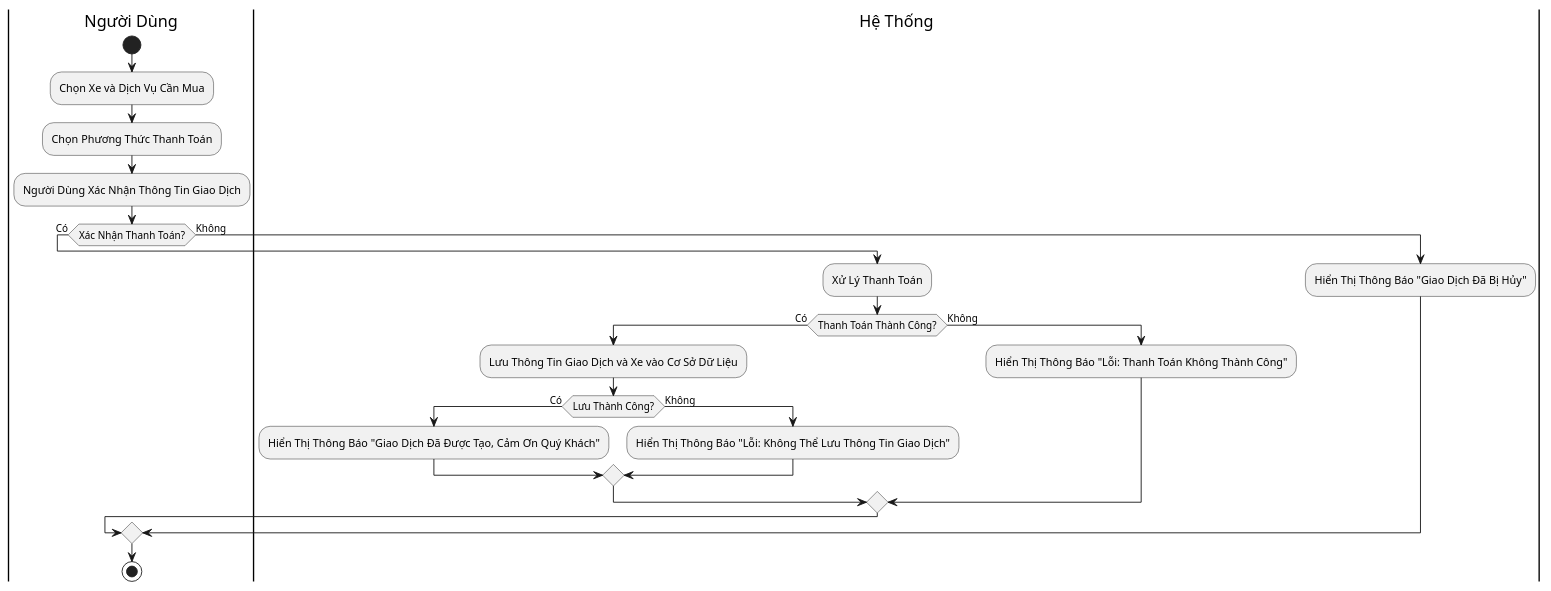
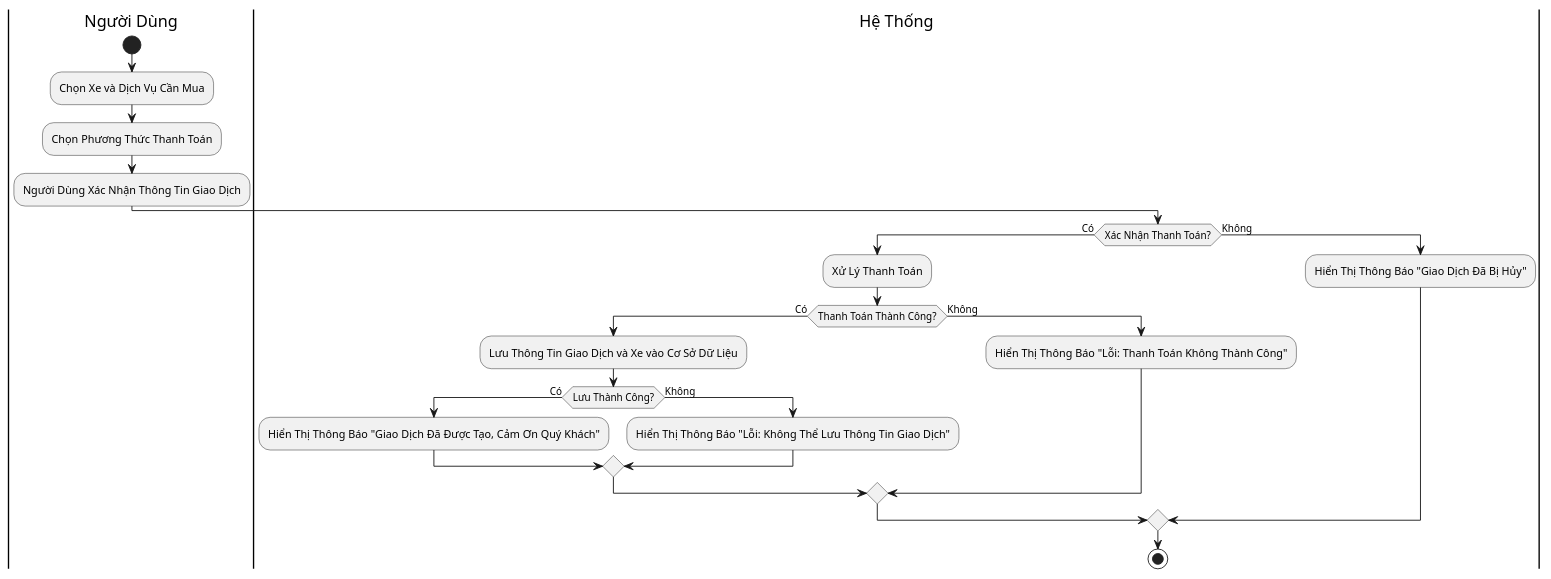
One commit to phutuctran/SE357-Pratice-class changed the diagram in Lab1/Lab1.2/Activity/UC4.AC1 Tạo giao dịch.plantuml. Above: the diagram before and after it, drawn with PlantUML. The commit also changed 36 other files, not shown here.

First line of the commit message:
Create activity diagrams

```diff
--- a/Lab1/Lab1.2/Activity/UC4.AC1 Tạo giao dịch.plantuml
+++ b/Lab1/Lab1.2/Activity/UC4.AC1 Tạo giao dịch.plantuml
@@ -1,27 +1,25 @@
 @startuml
 |Người Dùng|
 start
 :Chọn Xe và Dịch Vụ Cần Mua;
 :Chọn Phương Thức Thanh Toán;
 :Người Dùng Xác Nhận Thông Tin Giao Dịch;
+|Hệ Thống|
 if (Xác Nhận Thanh Toán?) then (Có)
-  |Hệ Thống|
   :Xử Lý Thanh Toán;
   if (Thanh Toán Thành Công?) then (Có)
     :Lưu Thông Tin Giao Dịch và Xe vào Cơ Sở Dữ Liệu;
     if (Lưu Thành Công?) then (Có)
       :Hiển Thị Thông Báo "Giao Dịch Đã Được Tạo, Cảm Ơn Quý Khách";
     else (Không)
       :Hiển Thị Thông Báo "Lỗi: Không Thể Lưu Thông Tin Giao Dịch";
     endif
   else (Không)
     :Hiển Thị Thông Báo "Lỗi: Thanh Toán Không Thành Công";
   endif
   |Hệ Thống|
 else (Không)
   :Hiển Thị Thông Báo "Giao Dịch Đã Bị Hủy";
 endif
-
-|Người Dùng|
 stop
 @enduml
```
